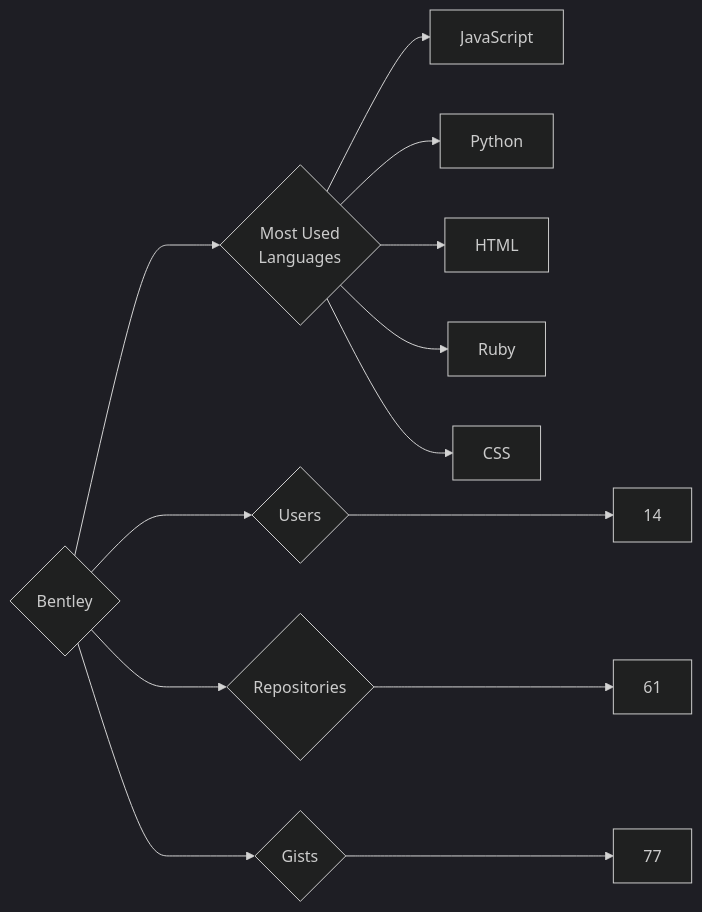
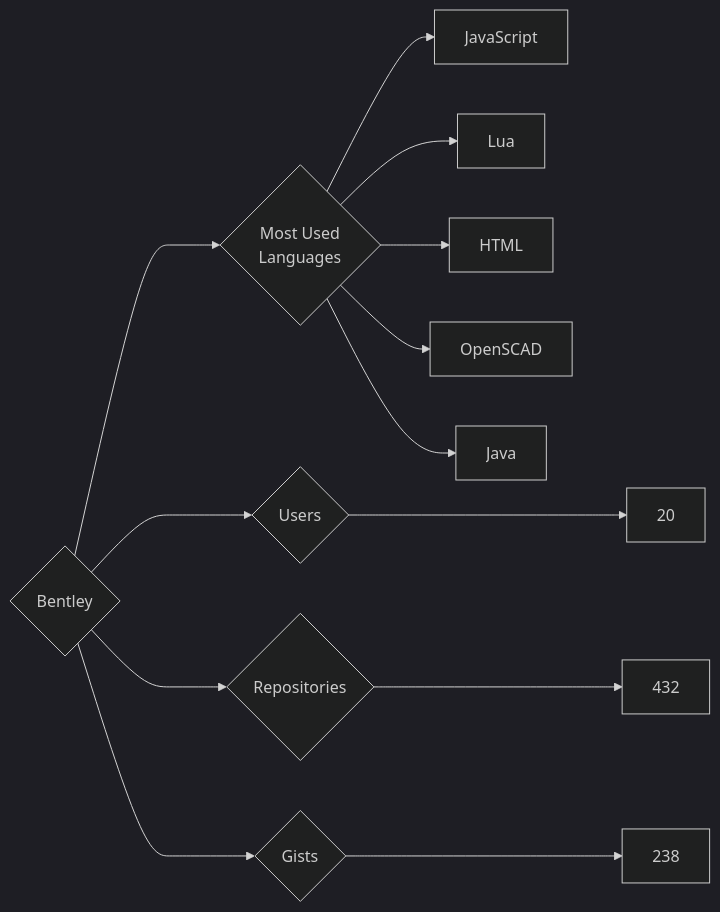
The diagram in targets/Bentley/README.md (trickest/insiders), drawn with Mermaid (dark theme) before and after one commit. The commit also changed 837 other files, not shown here.

````diff
--- a/targets/Bentley/README.md
+++ b/targets/Bentley/README.md
@@ -3,13 +3,13 @@
 ```mermaid
 graph LR
 COMPANY_NAME{Bentley}
-COMPANY_NAME ---> U{Users} ---> UN[14]
-COMPANY_NAME ---> R{Repositories} ---> RN[61]
-COMPANY_NAME ---> G{Gists} ---> GN[77]
+COMPANY_NAME ---> U{Users} ---> UN[20]
+COMPANY_NAME ---> R{Repositories} ---> RN[432]
+COMPANY_NAME ---> G{Gists} ---> GN[238]
 COMPANY_NAME ---> ML{Most Used<br>Languages}
 ML --> JavaScript[JavaScript]
-ML --> Python[Python]
+ML --> Lua[Lua]
 ML --> HTML[HTML]
-ML --> Ruby[Ruby]
-ML --> CSS[CSS]
+ML --> OpenSCAD[OpenSCAD]
+ML --> Java[Java]
 ```
````
